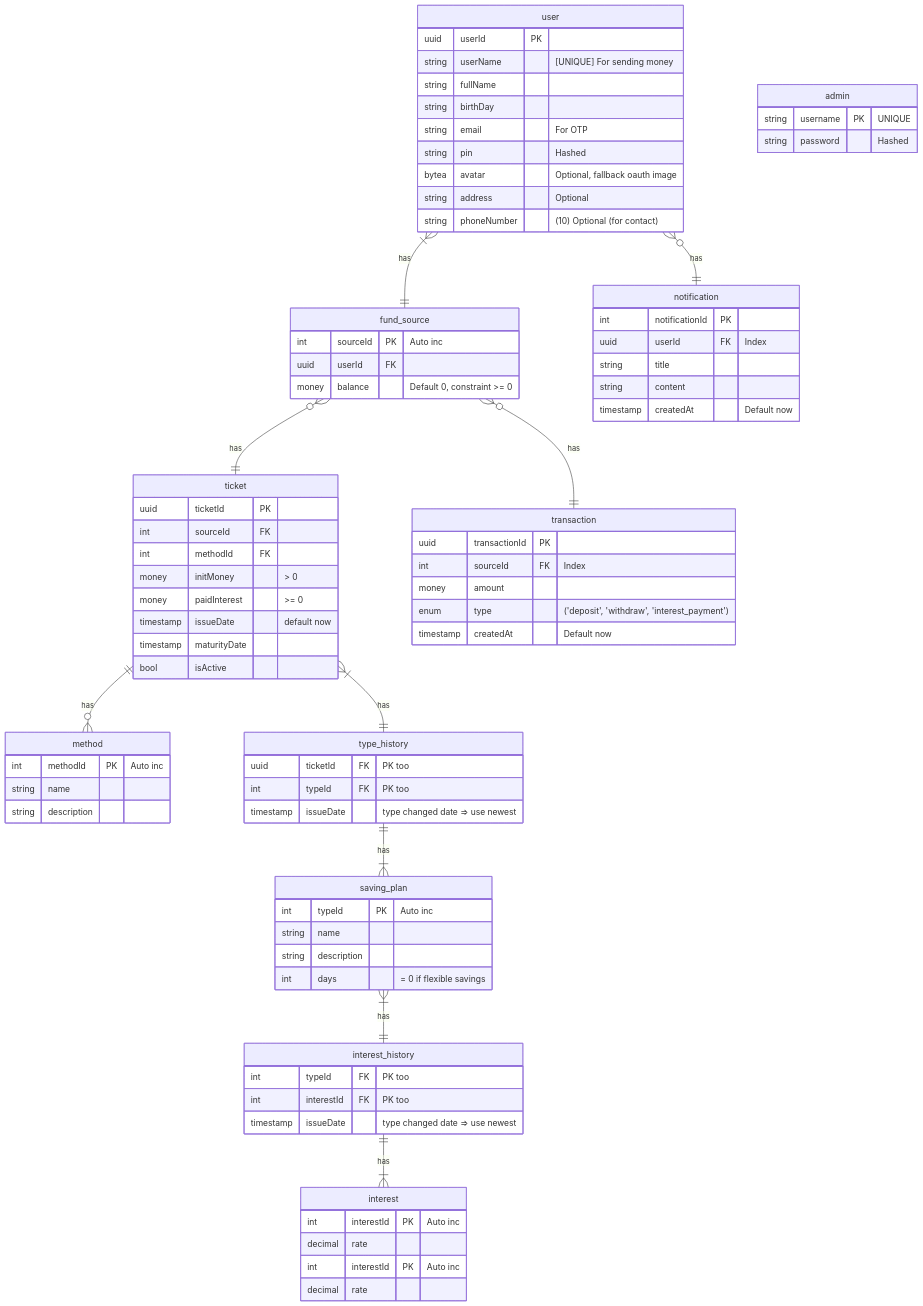
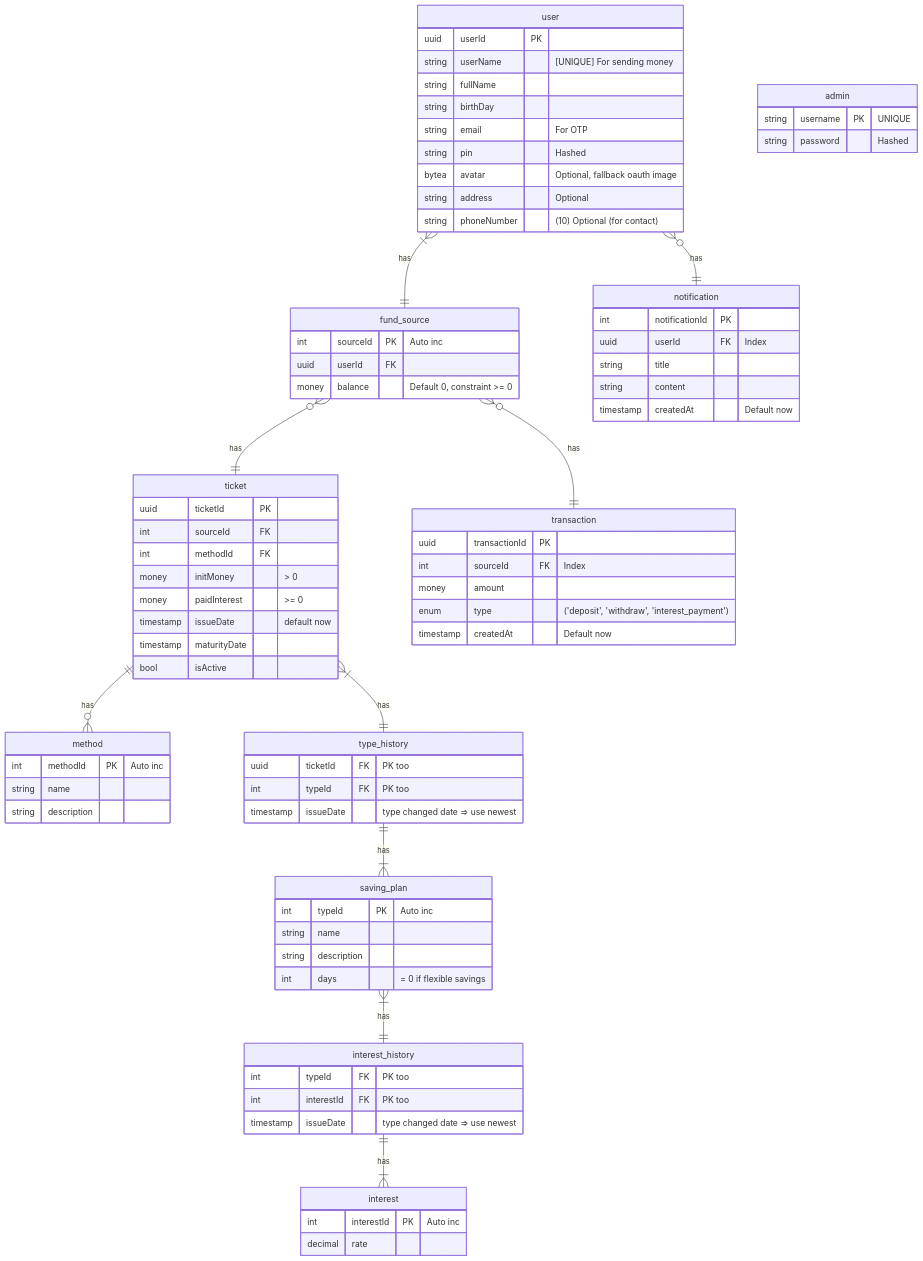
Before and after one commit to coinhub-uit/.github: the first of 2 diagrams in profile/README.md, drawn with Mermaid.

```diff
--- a/profile/README.md
+++ b/profile/README.md
@@ -36,12 +36,6 @@
     int methodId PK "Auto inc"
     string name
     string description
-  }
-
-
-  interest {
-    int interestId PK "Auto inc"
-    decimal rate
   }
 
   ticket {
```
